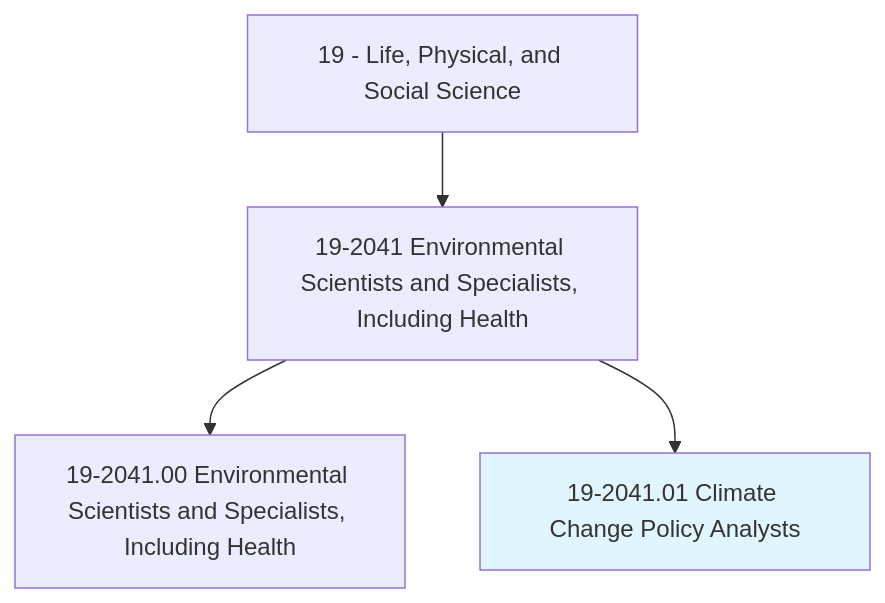
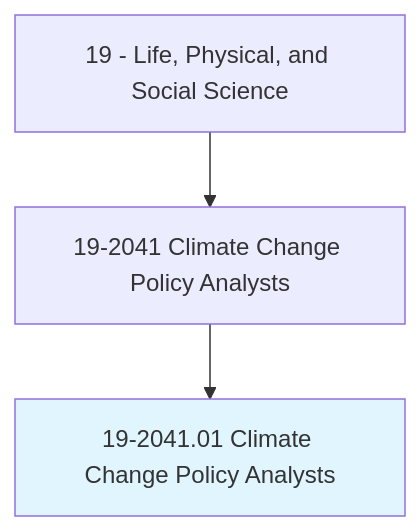
Before and after one commit to kziemski/business.org.ai: the first of 4 diagrams in occupations/Science/ClimateChangePolicyAnalysts.mdx, drawn with Mermaid. The commit also changed other lines of this file and 938 other files, not shown here.

````diff
--- a/occupations/Science/ClimateChangePolicyAnalysts.mdx
+++ b/occupations/Science/ClimateChangePolicyAnalysts.mdx
@@ -19,7 +23,6 @@
 ```mermaid
 graph TD
-    Cat19["19 - Life, Physical, and Social Science"] --> Group192041["19-2041 Environmental Scientists and Specialists, Including Health"]
-    Group192041 --> Base["19-2041.00 Environmental Scientists and Specialists, Including Health"]
+    Cat19["19 - Life, Physical, and Social Science"] --> Group192041["19-2041 Climate Change Policy Analysts"]
     Group192041 --> Current["19-2041.01 Climate Change Policy Analysts"]
     style Current fill:#e1f5fe
 ```
````
